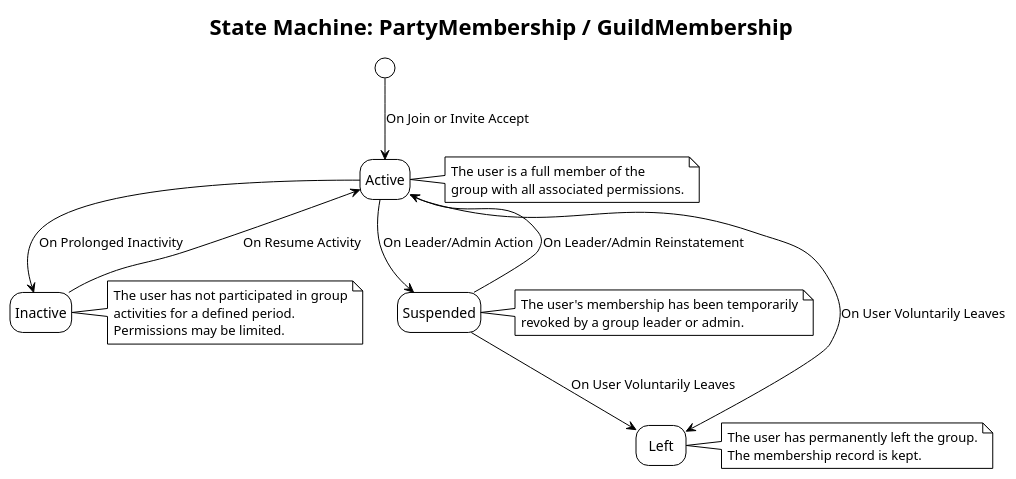
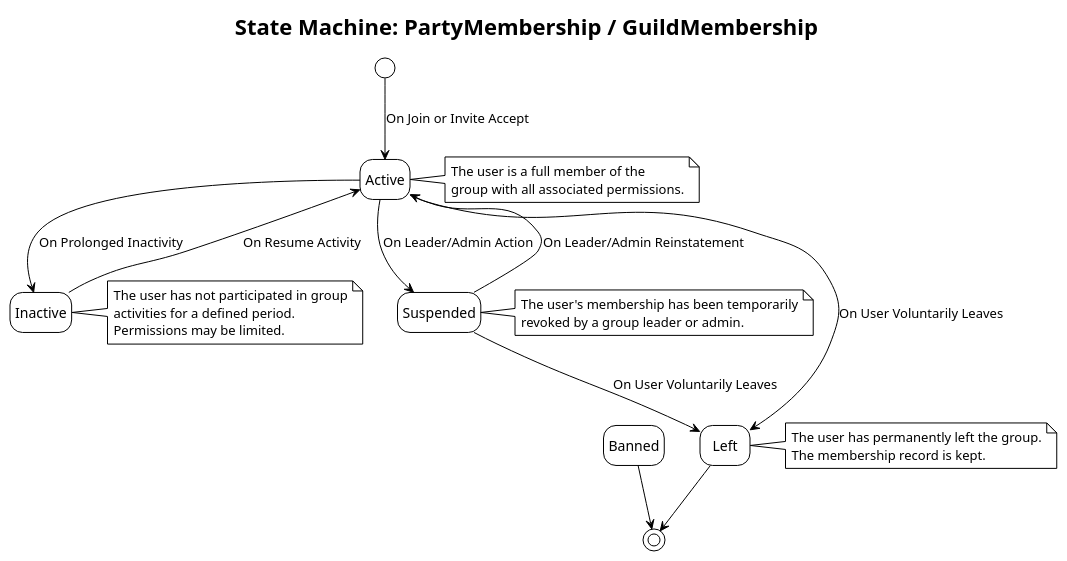
Before and after one commit to FA25SE050-RogueLearn/RogueLearn.BMAD.Documentation: the diagram in docs/srs/diagrams/state-machines/social-services/membership-state-machine.puml, drawn with PlantUML. The commit also changed 8 other files, not shown here.

Commit message:
update diagrams

```diff
--- a/docs/srs/diagrams/state-machines/social-services/membership-state-machine.puml
+++ b/docs/srs/diagrams/state-machines/social-services/membership-state-machine.puml
@@ -2,43 +2,46 @@
 @startuml
 !theme plain
 title "State Machine: PartyMembership / GuildMembership"
 hide empty description
 
 [*] --> Active : On Join or Invite Accept
 
 state Active
 note right of Active
     The user is a full member of the
     group with all associated permissions.
 end note
 
 state Inactive
 note right of Inactive
     The user has not participated in group
     activities for a defined period.
     Permissions may be limited.
 end note
 
 state Suspended
 note right of Suspended
     The user's membership has been temporarily
     revoked by a group leader or admin.
 end note
 
 Active --> Inactive : On Prolonged Inactivity
 Inactive --> Active : On Resume Activity
 
 Active --> Suspended : On Leader/Admin Action
 Suspended --> Active : On Leader/Admin Reinstatement
 
 Active --> Left : On User Voluntarily Leaves
 Suspended --> Left : On User Voluntarily Leaves
 
 ' Left is a terminal state, but the record is kept for history.
 state Left
 note right of Left
     The user has permanently left the group.
     The membership record is kept.
 end note
 
+Left --> [*]
+Banned --> [*]
+
 @enduml
```
